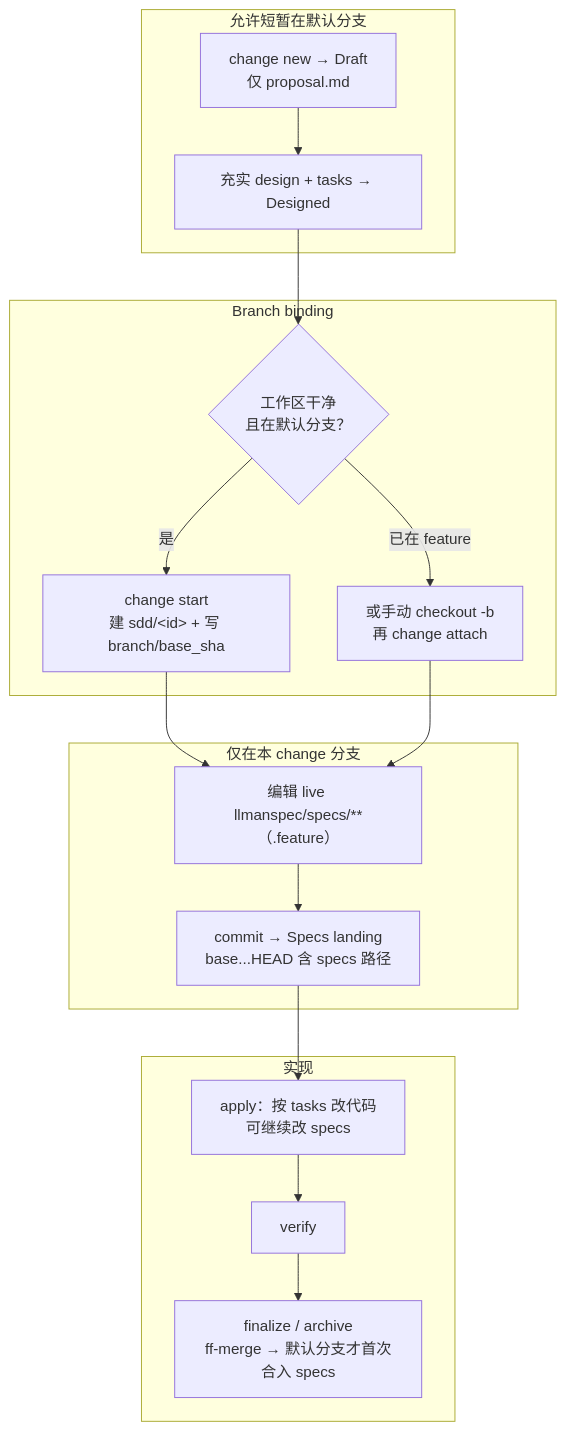
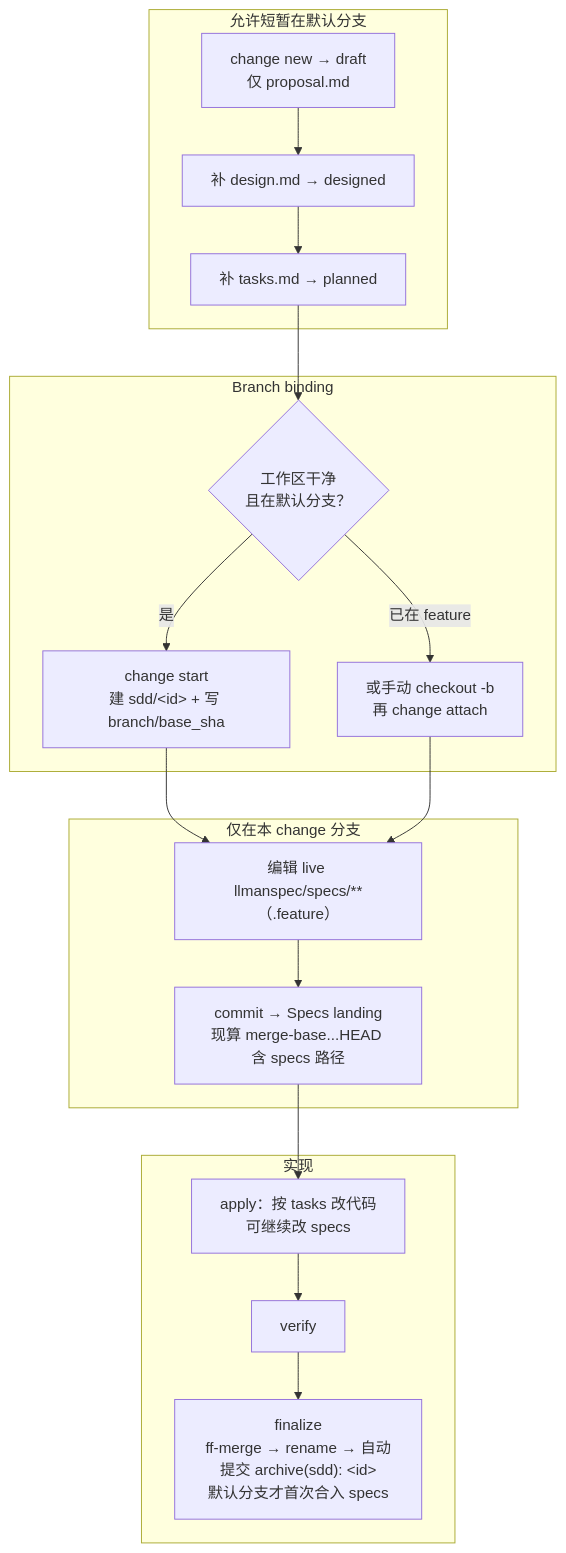
The first of 2 diagrams in .agents/skills/llman-sdd-propose/SKILL.md (StrayDragon/xylitol), drawn with Mermaid before and after one commit. The commit also changed other lines of this file and 13 other files, not shown here.

````diff
--- a/.agents/skills/llman-sdd-propose/SKILL.md
+++ b/.agents/skills/llman-sdd-propose/SKILL.md
@@ -18,29 +18,30 @@
 ```mermaid
 flowchart TB
   subgraph main_ok["允许短暂在默认分支"]
-    A["change new → Draft<br/>仅 proposal.md"]
-    B["充实 design + tasks → Designed"]
+    A["change new → draft<br/>仅 proposal.md"]
+    B1["补 design.md → designed"]
+    B2["补 tasks.md → planned"]
   end
 
   subgraph gate_start["Branch binding"]
     C{"工作区干净<br/>且在默认分支？"}
     D["change start<br/>建 sdd/&lt;id&gt; + 写 branch/base_sha"]
     E["或手动 checkout -b<br/>再 change attach"]
   end
 
   subgraph specs_only["仅在本 change 分支"]
     F["编辑 live llmanspec/specs/**（.feature）"]
-    G["commit → Specs landing<br/>base...HEAD 含 specs 路径"]
+    G["commit → Specs landing<br/>现算 merge-base...HEAD 含 specs 路径"]
   end
 
   subgraph implement["实现"]
     H["apply：按 tasks 改代码<br/>可继续改 specs"]
     I["verify"]
-    J["finalize / archive<br/>ff-merge → 默认分支才首次合入 specs"]
+    J["finalize<br/>ff-merge → rename → 自动提交 archive(sdd): &lt;id&gt;<br/>默认分支才首次合入 specs"]
   end
 
-  A --> B --> C
+  A --> B1 --> B2 --> C
   C -->|是| D --> F
   C -->|已在 feature| E --> F
   F --> G --> H --> I --> J
 ```
````
